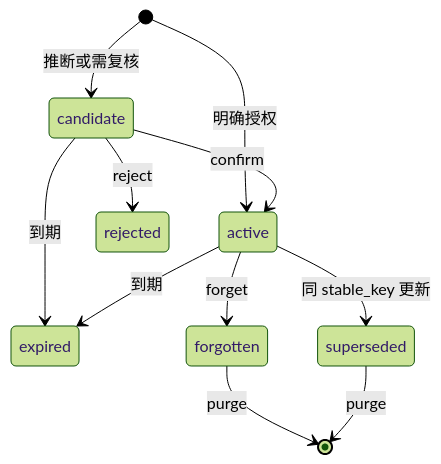
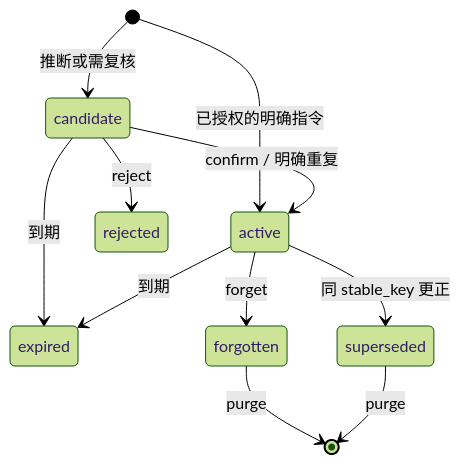
One commit to tianhao8687/CompanionMemoryOS changed the third of 3 diagrams in docs/ARCHITECTURE.md. Above: the diagram before and after it, drawn with Mermaid (forest theme). The commit also changed other lines of this file and 37 other files, not shown here.

````diff
--- a/docs/ARCHITECTURE.md
+++ b/docs/ARCHITECTURE.md
@@ -35,13 +82,13 @@
 ```mermaid
 stateDiagram-v2
     [*] --> candidate: 推断或需复核
-    [*] --> active: 明确授权
-    candidate --> active: confirm
+    [*] --> active: 已授权的明确指令
+    candidate --> active: confirm / 明确重复
     candidate --> rejected: reject
     candidate --> expired: 到期
-    active --> superseded: 同 stable_key 更新
+    active --> superseded: 同 stable_key 更正
     active --> forgotten: forget
     active --> expired: 到期
     forgotten --> [*]: purge
     superseded --> [*]: purge
 ```
````
